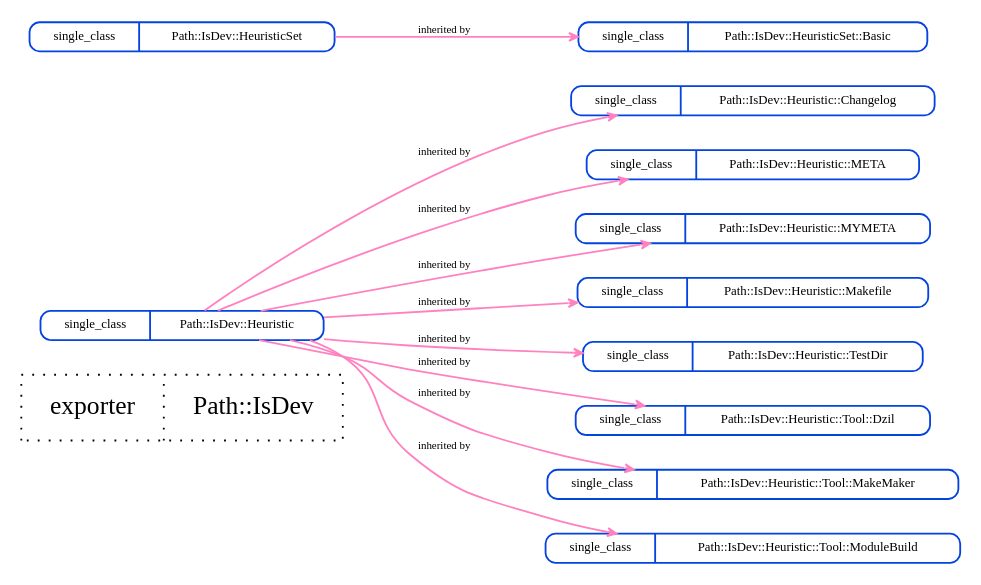
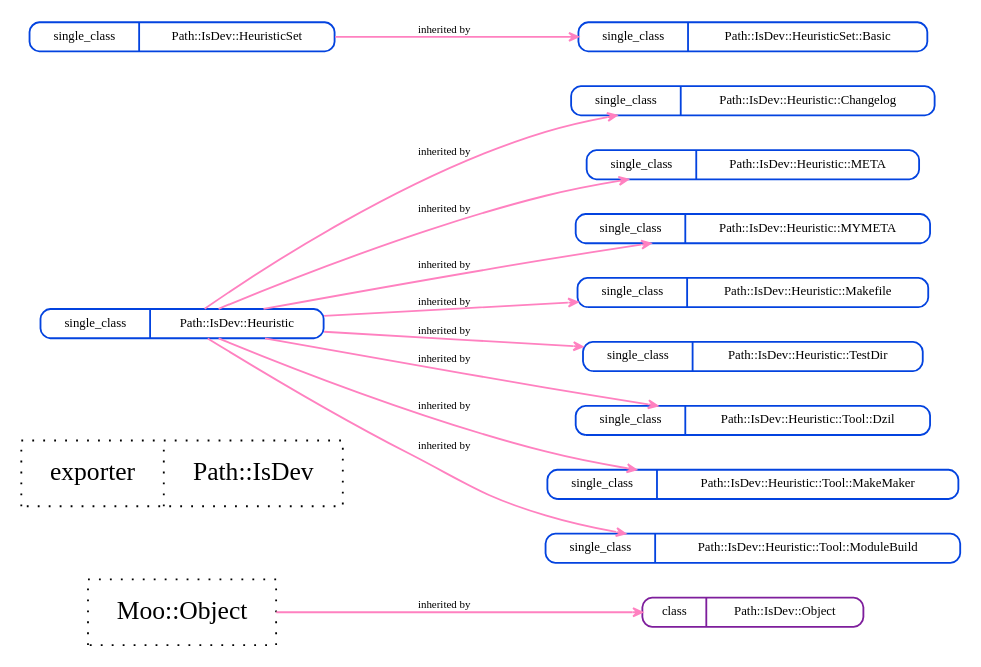
The diagram in layout/self_structure.dot (gitpan/Path-IsDev), drawn with Graphviz before and after one commit. The commit also changed 23 other files, not shown here.

First line of the commit message:
Import of KENTNL/Path-IsDev-0.2.0 from CPAN.

```diff
--- a/layout/self_structure.dot
+++ b/layout/self_structure.dot
@@ -1,26 +1,29 @@
 strict digraph Perl {
 	graph [compound=1, concentrate=1, overlap=false, rankdir=LR, ranksep=1, smoothing=triangle, splines=spline];
 	node [label="\N", shape=record, style=dotted];
 	edge [minlen=1];
+	"Moo::Object" [label="<port1> Moo::Object"];
 	"Path::IsDev" [label="{{<port1> exporter}|<port2> Path::IsDev}"];
 	"Path::IsDev::Heuristic" [label="{{<port1> single_class}|<port2> Path::IsDev::Heuristic}", shape=Mrecord, style=solid, color="#0343df", fontsize=7, height="0.1"];
 	"Path::IsDev::Heuristic::Changelog" [label="{{<port1> single_class}|<port2> Path::IsDev::Heuristic::Changelog}", shape=Mrecord, style=solid, color="#0343df", fontsize=7, height="0.1"];
 	"Path::IsDev::Heuristic::META" [label="{{<port1> single_class}|<port2> Path::IsDev::Heuristic::META}", shape=Mrecord, style=solid, color="#0343df", fontsize=7, height="0.1"];
 	"Path::IsDev::Heuristic::MYMETA" [label="{{<port1> single_class}|<port2> Path::IsDev::Heuristic::MYMETA}", shape=Mrecord, style=solid, color="#0343df", fontsize=7, height="0.1"];
 	"Path::IsDev::Heuristic::Makefile" [label="{{<port1> single_class}|<port2> Path::IsDev::Heuristic::Makefile}", shape=Mrecord, style=solid, color="#0343df", fontsize=7, height="0.1"];
 	"Path::IsDev::Heuristic::TestDir" [label="{{<port1> single_class}|<port2> Path::IsDev::Heuristic::TestDir}", shape=Mrecord, style=solid, color="#0343df", fontsize=7, height="0.1"];
 	"Path::IsDev::Heuristic::Tool::Dzil" [label="{{<port1> single_class}|<port2> Path::IsDev::Heuristic::Tool::Dzil}", shape=Mrecord, style=solid, color="#0343df", fontsize=7, height="0.1"];
 	"Path::IsDev::Heuristic::Tool::MakeMaker" [label="{{<port1> single_class}|<port2> Path::IsDev::Heuristic::Tool::MakeMaker}", shape=Mrecord, style=solid, color="#0343df", fontsize=7, height="0.1"];
 	"Path::IsDev::Heuristic::Tool::ModuleBuild" [label="{{<port1> single_class}|<port2> Path::IsDev::Heuristic::Tool::ModuleBuild}", shape=Mrecord, style=solid, color="#0343df", fontsize=7, height="0.1"];
 	"Path::IsDev::HeuristicSet" [label="{{<port1> single_class}|<port2> Path::IsDev::HeuristicSet}", shape=Mrecord, style=solid, color="#0343df", fontsize=7, height="0.1"];
 	"Path::IsDev::HeuristicSet::Basic" [label="{{<port1> single_class}|<port2> Path::IsDev::HeuristicSet::Basic}", shape=Mrecord, style=solid, color="#0343df", fontsize=7, height="0.1"];
+	"Path::IsDev::Object" [label="{{<port1> class}|<port2> Path::IsDev::Object}", shape=Mrecord, style=solid, color="#7e1e9c", fontsize=7, height="0.1"];
+	"Moo::Object" -> "Path::IsDev::Object" [arrowhead=open, arrowsize="0.5", color="#ff81c0", dir=forward, fontsize=6, headclip=1, label="inherited by", samehead=head, tailclip=1, weight=10];
 	"Path::IsDev::Heuristic" -> "Path::IsDev::Heuristic::Changelog" [arrowhead=open, arrowsize="0.5", color="#ff81c0", dir=forward, fontsize=6, headclip=1, label="inherited by", samehead=head, tailclip=1, weight=10];
 	"Path::IsDev::Heuristic" -> "Path::IsDev::Heuristic::TestDir" [arrowhead=open, arrowsize="0.5", color="#ff81c0", dir=forward, fontsize=6, headclip=1, label="inherited by", samehead=head, tailclip=1, weight=10];
 	"Path::IsDev::Heuristic" -> "Path::IsDev::Heuristic::META" [arrowhead=open, arrowsize="0.5", color="#ff81c0", dir=forward, fontsize=6, headclip=1, label="inherited by", samehead=head, tailclip=1, weight=10];
 	"Path::IsDev::Heuristic" -> "Path::IsDev::Heuristic::MYMETA" [arrowhead=open, arrowsize="0.5", color="#ff81c0", dir=forward, fontsize=6, headclip=1, label="inherited by", samehead=head, tailclip=1, weight=10];
 	"Path::IsDev::Heuristic" -> "Path::IsDev::Heuristic::Makefile" [arrowhead=open, arrowsize="0.5", color="#ff81c0", dir=forward, fontsize=6, headclip=1, label="inherited by", samehead=head, tailclip=1, weight=10];
 	"Path::IsDev::HeuristicSet" -> "Path::IsDev::HeuristicSet::Basic" [arrowhead=open, arrowsize="0.5", color="#ff81c0", dir=forward, fontsize=6, headclip=1, label="inherited by", samehead=head, tailclip=1, weight=10];
 	"Path::IsDev::Heuristic" -> "Path::IsDev::Heuristic::Tool::Dzil" [arrowhead=open, arrowsize="0.5", color="#ff81c0", dir=forward, fontsize=6, headclip=1, label="inherited by", samehead=head, tailclip=1, weight=10];
 	"Path::IsDev::Heuristic" -> "Path::IsDev::Heuristic::Tool::MakeMaker" [arrowhead=open, arrowsize="0.5", color="#ff81c0", dir=forward, fontsize=6, headclip=1, label="inherited by", samehead=head, tailclip=1, weight=10];
 	"Path::IsDev::Heuristic" -> "Path::IsDev::Heuristic::Tool::ModuleBuild" [arrowhead=open, arrowsize="0.5", color="#ff81c0", dir=forward, fontsize=6, headclip=1, label="inherited by", samehead=head, tailclip=1, weight=10];
 }
```
